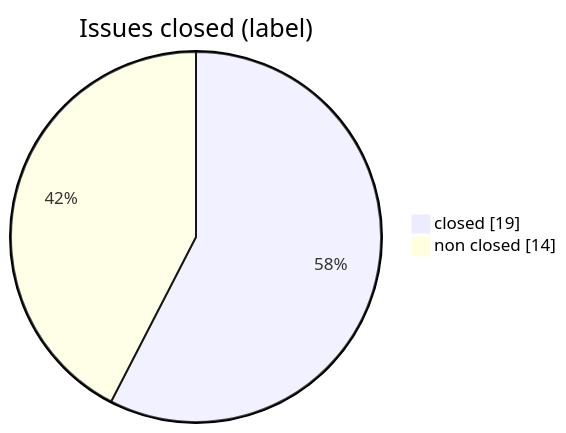
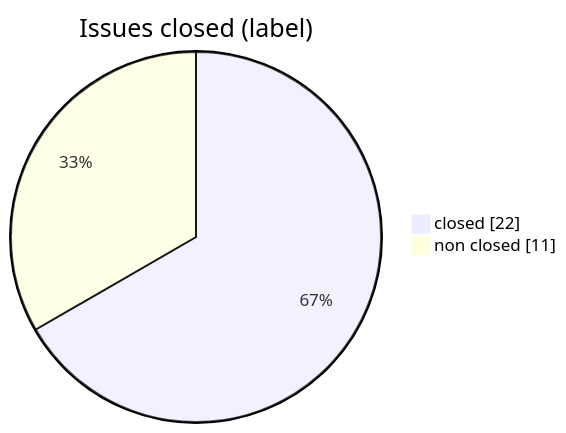
One commit to Gooseppr/GevOps_LC changed the second of 7 diagrams in modules/M51_projet-board-J11.md. Above: the diagram before and after it, drawn with Mermaid. The commit also changed other lines of this file and 6 other files, not shown here.

````diff
--- a/modules/M51_projet-board-J11.md
+++ b/modules/M51_projet-board-J11.md
@@ -38,6 +38,6 @@
 ```mermaid
 pie showData
     title Issues closed (label)
-    "closed" : 19
-    "non closed" : 14
+    "closed" : 22
+    "non closed" : 11
 ```
````
